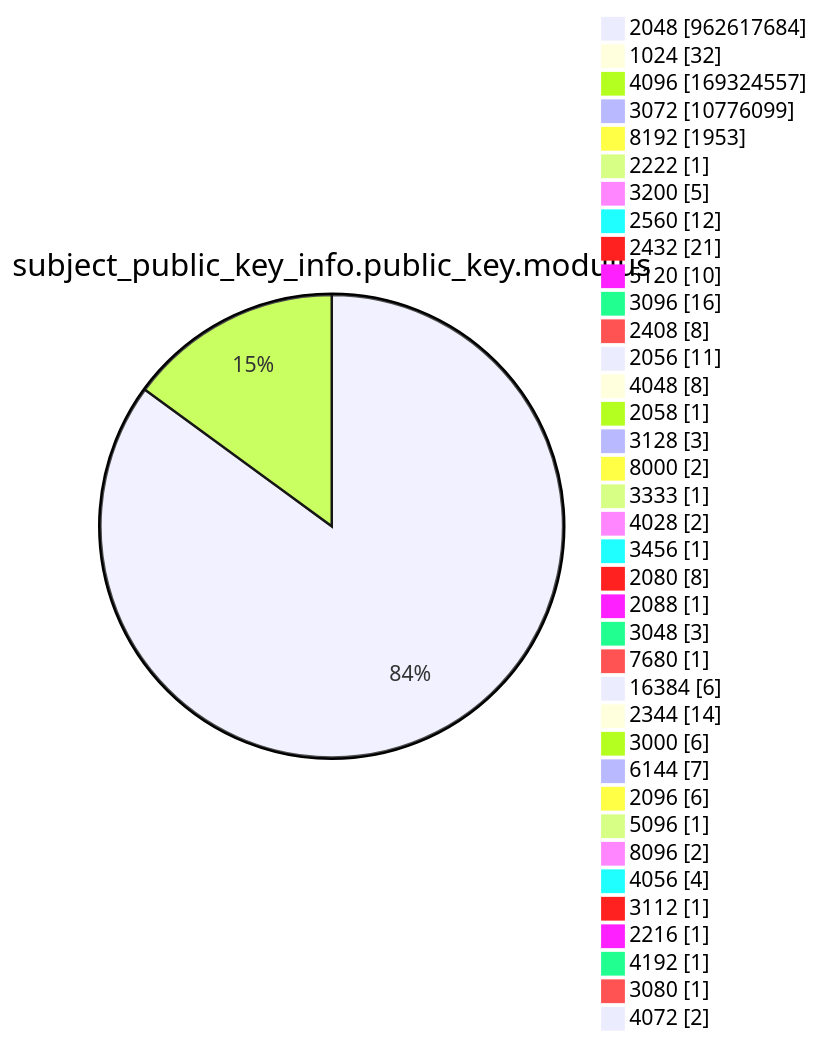
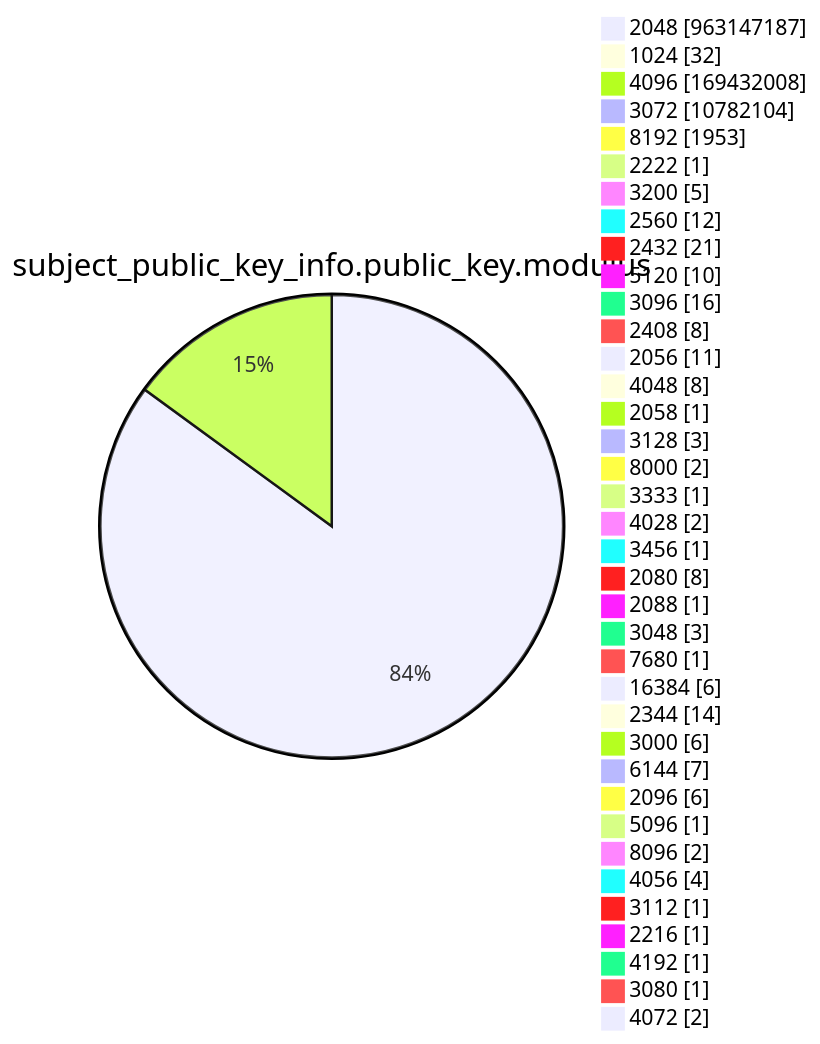
Before and after one commit to christiankrug/ctmonitor_visualization: diagram 13 of 15 in argon2022/README.md, drawn with Mermaid. The commit also changed other lines of this file, not shown here.

````diff
--- a/argon2022/README.md
+++ b/argon2022/README.md
@@ -3586,41 +3586,41 @@
 ```mermaid
 pie showData
 title subject_public_key_info.public_key.modulus
-"2048" :962617684
+"2048" :963147187
 "1024" :32
-"4096" :169324557
-"3072" :10776099
+"4096" :169432008
+"3072" :10782104
 "8192" :1953
 "2222" :1
 "3200" :5
 "2560" :12
 "2432" :21
 "5120" :10
 "3096" :16
 "2408" :8
 "2056" :11
 "4048" :8
 "2058" :1
 "3128" :3
 "8000" :2
 "3333" :1
 "4028" :2
 "3456" :1
 "2080" :8
 "2088" :1
 "3048" :3
 "7680" :1
 "16384" :6
 "2344" :14
 "3000" :6
 "6144" :7
 "2096" :6
 "5096" :1
 "8096" :2
 "4056" :4
 "3112" :1
 "2216" :1
 "4192" :1
 "3080" :1
 "4072" :2
 ```
````
